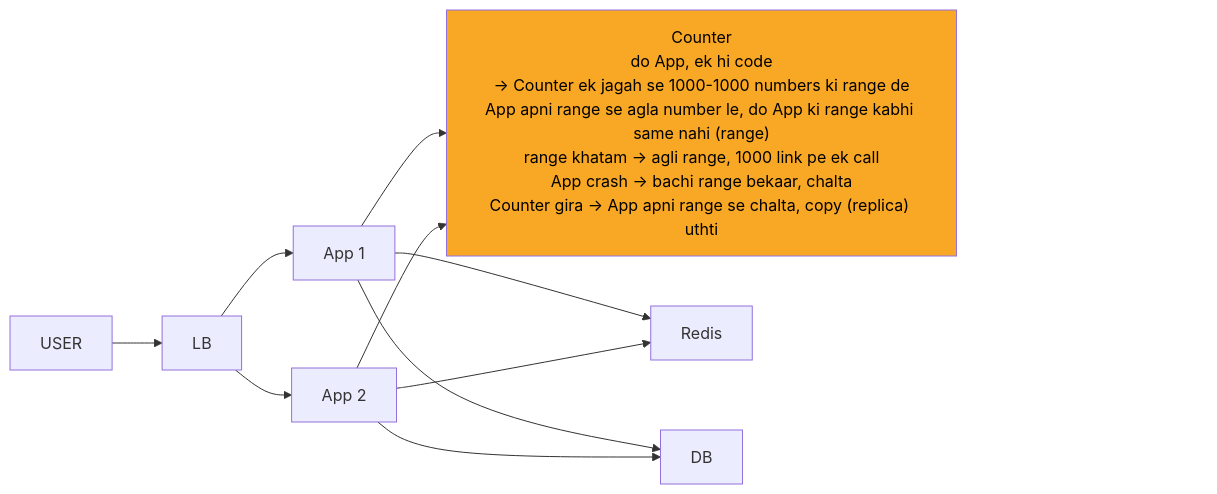
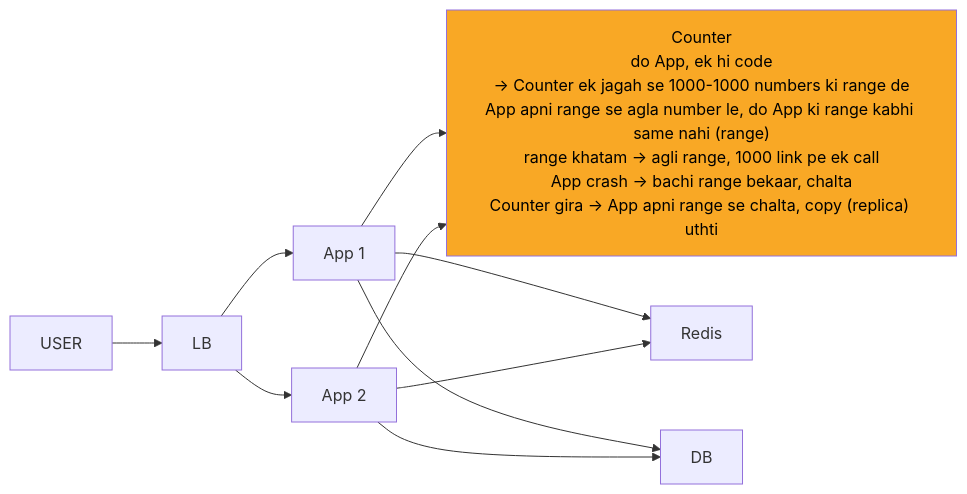
The fourth of 10 diagrams in 04_HLD/SYSTEM_DESIGNS/01_url_shortener/01_url_shortener.md (ArpanMaheshwari144/Prep), drawn with Mermaid before and after one commit. The commit also changed other lines of this file and 182 other files, not shown here.

Commit message:
hld 14 file: har diagram mermaid-cli se SVG image (source details me), n_pad hataya, render tool 04_HLD/tools

````diff
--- a/04_HLD/SYSTEM_DESIGNS/01_url_shortener/01_url_shortener.md
+++ b/04_HLD/SYSTEM_DESIGNS/01_url_shortener/01_url_shortener.md
@@ -201,24 +217,21 @@
 ```mermaid
 %%{init: {"flowchart": {"wrappingWidth": 450}}}%%
 flowchart LR
     n_USER["USER"]
     n_LB["LB"]
     n_App_x_N_1["App 1"]
     n_App_x_N_2["App 2"]
     n_Counter["Counter<br/>do App, ek hi code<br/>-> Counter ek jagah se 1000-1000 numbers ki range de<br/>App apni range se agla number le, do App ki range kabhi same nahi (range)<br/>range khatam -> agli range, 1000 link pe ek call<br/>App crash -> bachi range bekaar, chalta<br/>Counter gira -> App apni range se chalta, copy (replica) uthti"]
     n_Redis["Redis"]
     n_DB["DB"]
     n_USER --> n_LB
     n_LB --> n_App_x_N_1
     n_LB --> n_App_x_N_2
     n_App_x_N_1 --> n_Counter
     n_App_x_N_2 --> n_Counter
     n_App_x_N_1 --> n_Redis
     n_App_x_N_2 --> n_Redis
     n_App_x_N_1 --> n_DB
     n_App_x_N_2 --> n_DB
-    n_pad["xxxxxxxxxxxxxxxx"]
-    n_Counter ~~~ n_pad
     style n_Counter fill:#f9a825,color:#000
-    style n_pad fill:none,stroke:none,color:#ffffff00
 ```
````
